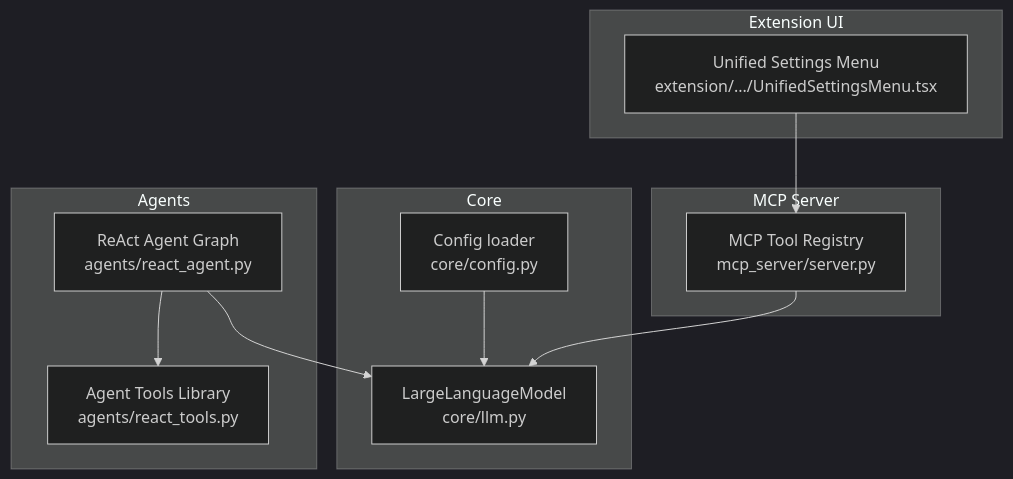
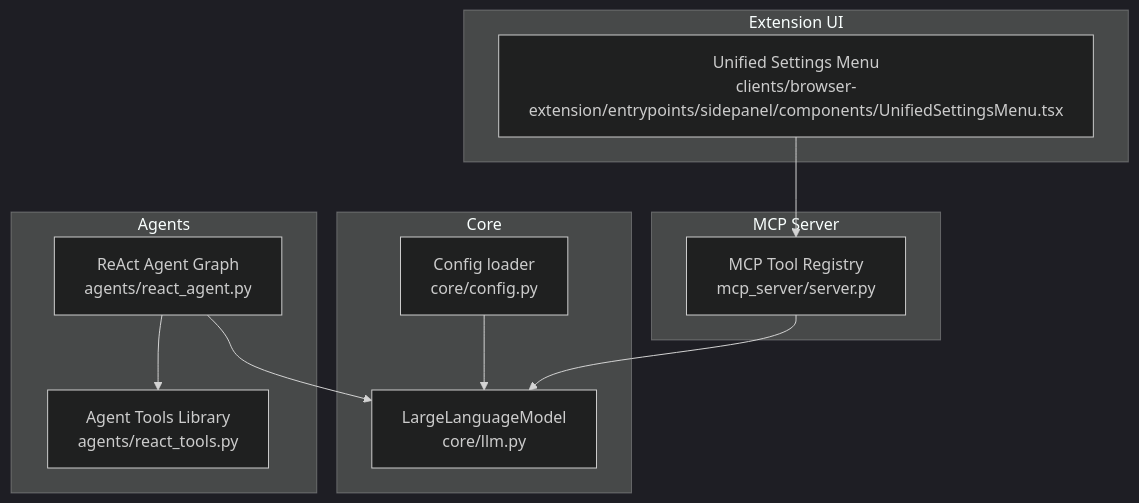
One commit to tashifkhan/tashif.codes changed the first of 5 diagrams in src/data/docs/agentic-browser/AI Agent System/LLM Provider Abstraction.md. Above: the diagram before and after it, drawn with Mermaid (dark theme). The commit also changed other lines of this file and 2128 other files, not shown here.

First line of the commit message:
docs: replace raster diagram images with native Mermaid across project guides

````diff
--- a/src/data/docs/agentic-browser/AI Agent System/LLM Provider Abstraction.md
+++ b/src/data/docs/agentic-browser/AI Agent System/LLM Provider Abstraction.md
@@ -12,22 +12,22 @@
 ```mermaid
 graph TB
 subgraph "Core"
 LLM["LargeLanguageModel<br/>core/llm.py"]
 CFG["Config loader<br/>core/config.py"]
 end
 subgraph "MCP Server"
 MCP["MCP Tool Registry<br/>mcp_server/server.py"]
 end
 subgraph "Agents"
 REACT["ReAct Agent Graph<br/>agents/react_agent.py"]
 TOOLS["Agent Tools Library<br/>agents/react_tools.py"]
 end
 subgraph "Extension UI"
-UI["Unified Settings Menu<br/>extension/.../UnifiedSettingsMenu.tsx"]
+UI["Unified Settings Menu<br/>clients/browser-extension/entrypoints/sidepanel/components/UnifiedSettingsMenu.tsx"]
 end
 CFG --> LLM
 MCP --> LLM
 REACT --> LLM
 REACT --> TOOLS
 UI --> MCP
 ```
````
